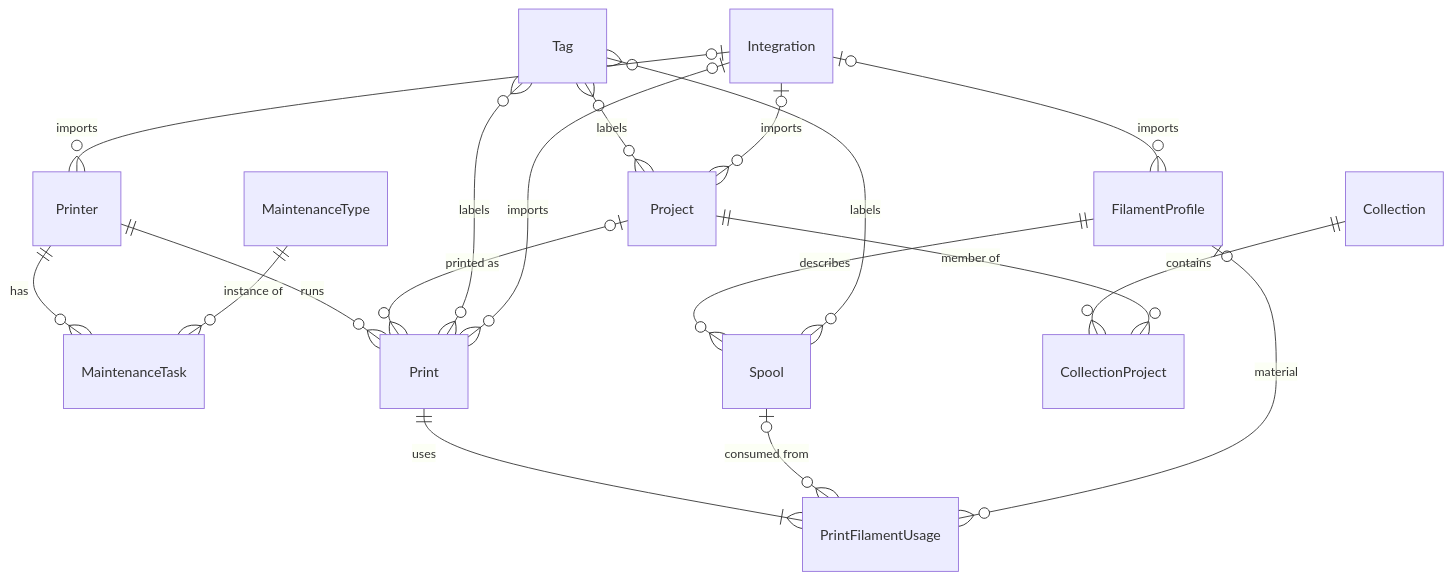
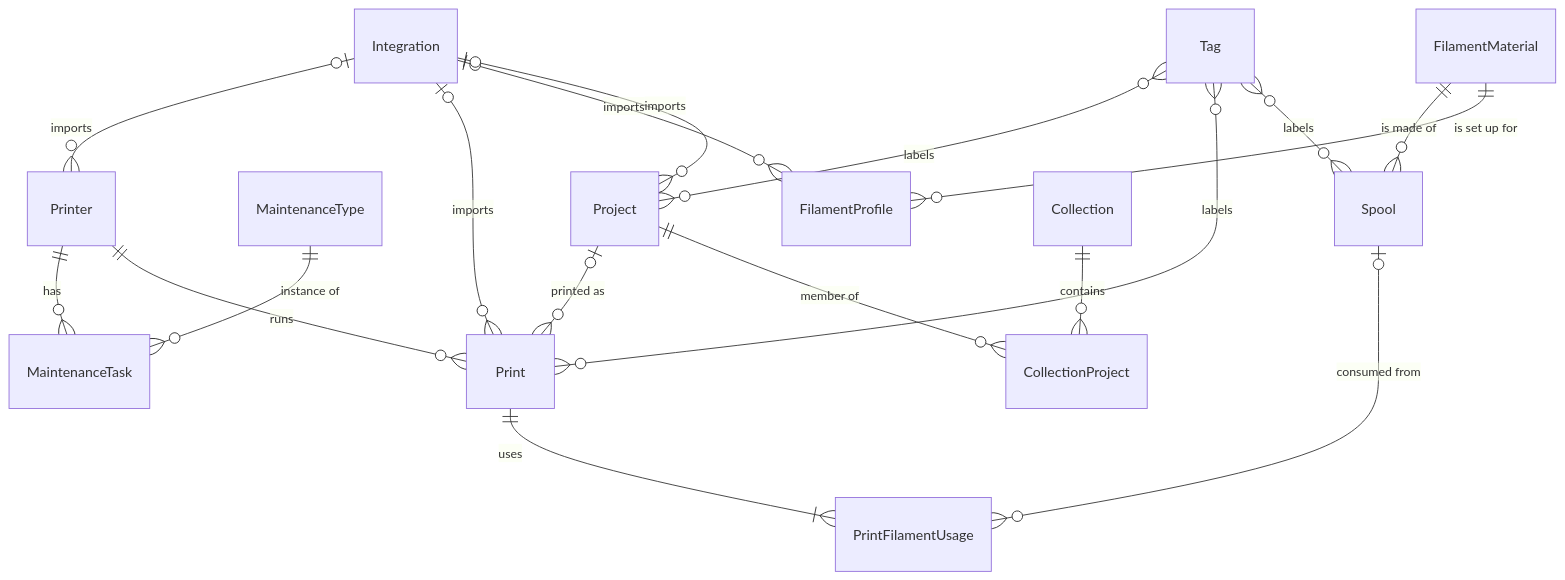
One commit to emanuelmoniz/3d-maker-suite changed the second of 3 diagrams in docs/architecture.md. Above: the diagram before and after it, drawn with Mermaid. The commit also changed other lines of this file and 89 other files, not shown here.

First line of the commit message:
feat(filament): spools describe the filament, not a profile

````diff
--- a/docs/architecture.md
+++ b/docs/architecture.md
@@ -84,20 +86,20 @@
 ```mermaid
 erDiagram
   Printer ||--o{ MaintenanceTask : "has"
   MaintenanceType ||--o{ MaintenanceTask : "instance of"
   Printer ||--o{ Print : "runs"
   Project |o--o{ Print : "printed as"
   Print ||--|{ PrintFilamentUsage : "uses"
   Spool |o--o{ PrintFilamentUsage : "consumed from"
-  FilamentProfile |o--o{ PrintFilamentUsage : "material"
-  FilamentProfile ||--o{ Spool : "describes"
+  FilamentMaterial ||--o{ Spool : "is made of"
+  FilamentMaterial ||--o{ FilamentProfile : "is set up for"
   Collection ||--o{ CollectionProject : "contains"
   Project ||--o{ CollectionProject : "member of"
   Tag }o--o{ Project : "labels"
   Tag }o--o{ Print : "labels"
   Tag }o--o{ Spool : "labels"
   Integration |o--o{ Printer : "imports"
   Integration |o--o{ Print : "imports"
   Integration |o--o{ FilamentProfile : "imports"
   Integration |o--o{ Project : "imports"
 ```
````
